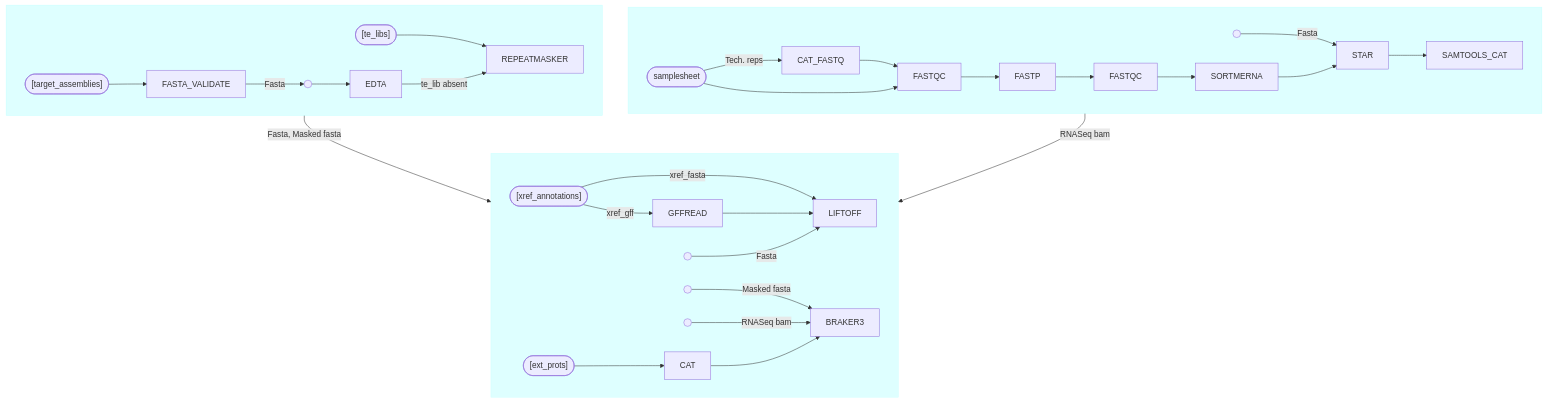
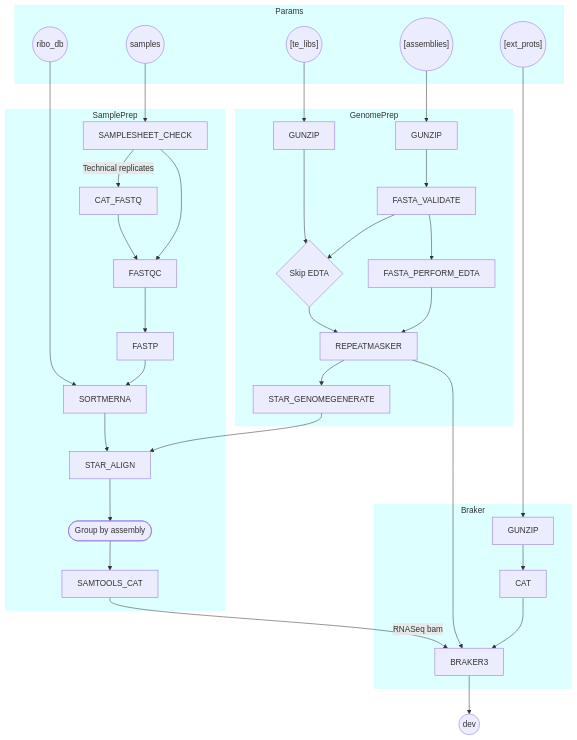
The diagram in README.md (Plant-Food-Research-Open/genepal), drawn with Mermaid before and after one commit. The commit also changed other lines of this file and 6 other files, not shown here.

Commit message:
Decouple target assemblies and read qc/align

````diff
--- a/README.md
+++ b/README.md
@@ -7,72 +6,87 @@
 ```mermaid
 flowchart TD
-    subgraph PrepareAssembly [ ]
+    ribo_db((ribo_db))
+    SAMPLESHEET((samples))
+    TE_LIBRARIES(("[te_libs]"))
+    TARGET_ASSEMBLIES(("[assemblies]"))
+    EXTERNAL_PROTEIN_SEQS(("[ext_prots]"))
+    
+    GUNZIP_PROT[GUNZIP]
+    GUNZIP_TE[GUNZIP]
+    SKIP_EDTA{Skip EDTA}
+    pend((dev))
+    
+    TE_LIBRARIES --> GUNZIP_TE
+    GUNZIP_TE --> SKIP_EDTA
+    
+    TARGET_ASSEMBLIES --> GUNZIP
+    GUNZIP --> FASTA_VALIDATE
+    FASTA_VALIDATE --> FASTA_PERFORM_EDTA
+    FASTA_VALIDATE --> SKIP_EDTA
+    
+    SKIP_EDTA --> REPEATMASKER
+    FASTA_PERFORM_EDTA --> REPEATMASKER
+    REPEATMASKER --> STAR_GENOMEGENERATE
+
+    SAMPLESHEET --> SAMPLESHEET_CHECK
+    SAMPLESHEET_CHECK --> |Technical replicates|CAT_FASTQ
+    CAT_FASTQ --> FASTQC
+    SAMPLESHEET_CHECK --> FASTQC
+    FASTQC --> FASTP
+    
+    ribo_db --> SORTMERNA
+    FASTP --> SORTMERNA
+    SORTMERNA --> STAR_ALIGN
+    STAR_GENOMEGENERATE --> STAR_ALIGN
+    STAR_ALIGN --> GROUP_BY_ASSEMBLY([Group by assembly])
+    GROUP_BY_ASSEMBLY --> SAMTOOLS_CAT
+    SAMTOOLS_CAT --> |RNASeq bam|BRAKER3
+
+    REPEATMASKER --> BRAKER3
+
+    EXTERNAL_PROTEIN_SEQS --> GUNZIP_PROT
+    GUNZIP_PROT --> CAT
+    CAT --> BRAKER3
+    
+    BRAKER3 --> pend
+
+    subgraph Params
     TARGET_ASSEMBLIES
     TE_LIBRARIES
-    FASTA_VALIDATE
-    fasta_file_from_fasta_validate
-    EDTA
-    REPEATMASKER
+    SAMPLESHEET
+    ribo_db
+    EXTERNAL_PROTEIN_SEQS
     end
 
-    TARGET_ASSEMBLIES(["[target_assemblies]"])
-    TE_LIBRARIES(["[te_libs]"])
-    TARGET_ASSEMBLIES --> FASTA_VALIDATE
-    FASTA_VALIDATE --> |Fasta|fasta_file_from_fasta_validate(( ))
-    fasta_file_from_fasta_validate --> EDTA
-    TE_LIBRARIES --> REPEATMASKER
-    EDTA --> |te_lib absent|REPEATMASKER
+    subgraph GenomePrep
+    GUNZIP
+    FASTA_VALIDATE
+    GUNZIP_TE
+    FASTA_PERFORM_EDTA
+    SKIP_EDTA
+    REPEATMASKER
+    STAR_GENOMEGENERATE
+    end
 
-    subgraph Samplesheet [ ]
-    SAMPLESHEET
+    subgraph Braker
+    CAT
+    GUNZIP_PROT
+    BRAKER3
+    end
+
+    subgraph SamplePrep
+    SAMPLESHEET_CHECK
     CAT_FASTQ
     FASTQC
     FASTP
-    FASTP_FASTQC
     SORTMERNA
-    fasta_file_for_star
-    STAR
+    STAR_ALIGN
+    GROUP_BY_ASSEMBLY
     SAMTOOLS_CAT
     end
 
-    SAMPLESHEET([samplesheet])
-    SAMPLESHEET --> |Tech. reps|CAT_FASTQ
-    CAT_FASTQ --> FASTQC
-    SAMPLESHEET --> FASTQC
-    FASTQC --> FASTP
-    FASTP --> FASTP_FASTQC[FASTQC]
-    FASTP_FASTQC --> SORTMERNA
-    fasta_file_for_star(( ))
-    fasta_file_for_star --> |Fasta|STAR
-    SORTMERNA --> STAR
-    STAR --> SAMTOOLS_CAT
-
-    subgraph Annotation [ ]
-    anno_fasta(( ))
-    anno_masked_fasta(( ))
-    anno_bam(( ))
-    EXTERNAL_PROTEIN_SEQS(["[ext_prots]"])
-    XREF_ANNOTATIONS(["[xref_annotations]"])
-    CAT
-    BRAKER3
-    GFFREAD
-    LIFTOFF
-    end
-
-    PrepareAssembly --> |Fasta, Masked fasta|Annotation
-    Samplesheet --> |RNASeq bam|Annotation
-
-    XREF_ANNOTATIONS --> |xref_gff|GFFREAD
-    XREF_ANNOTATIONS --> |xref_fasta|LIFTOFF
-    GFFREAD --> LIFTOFF
-    anno_fasta --> |Fasta|LIFTOFF
-
-    EXTERNAL_PROTEIN_SEQS --> CAT
-    anno_masked_fasta --> |Masked fasta|BRAKER3
-    anno_bam --> |RNASeq bam|BRAKER3
-    CAT --> BRAKER3
-
-    style Samplesheet fill:#00FFFF21,stroke:#00FFFF21
-    style PrepareAssembly fill:#00FFFF21,stroke:#00FFFF21
-    style Annotation fill:#00FFFF21,stroke:#00FFFF21
+    style Params fill:#00FFFF21,stroke:#00FFFF21
+    style GenomePrep fill:#00FFFF21,stroke:#00FFFF21
+    style SamplePrep fill:#00FFFF21,stroke:#00FFFF21
+    style Braker fill:#00FFFF21,stroke:#00FFFF21
 ```
````
